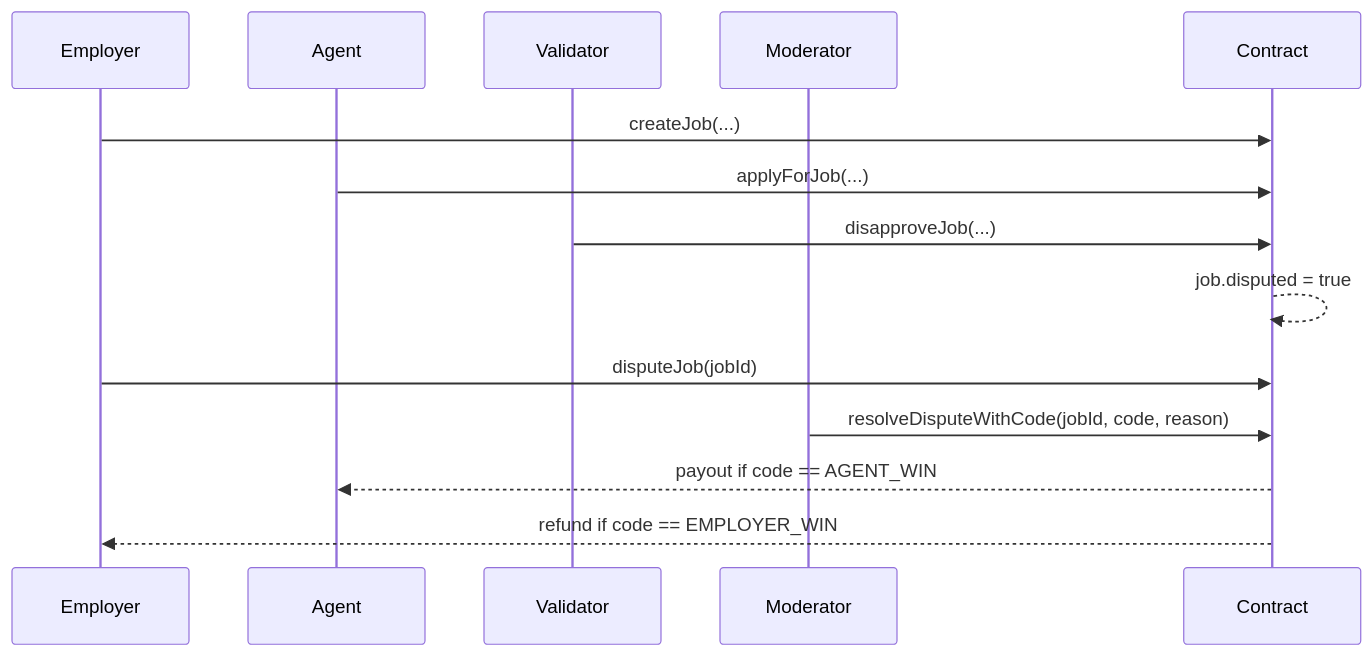
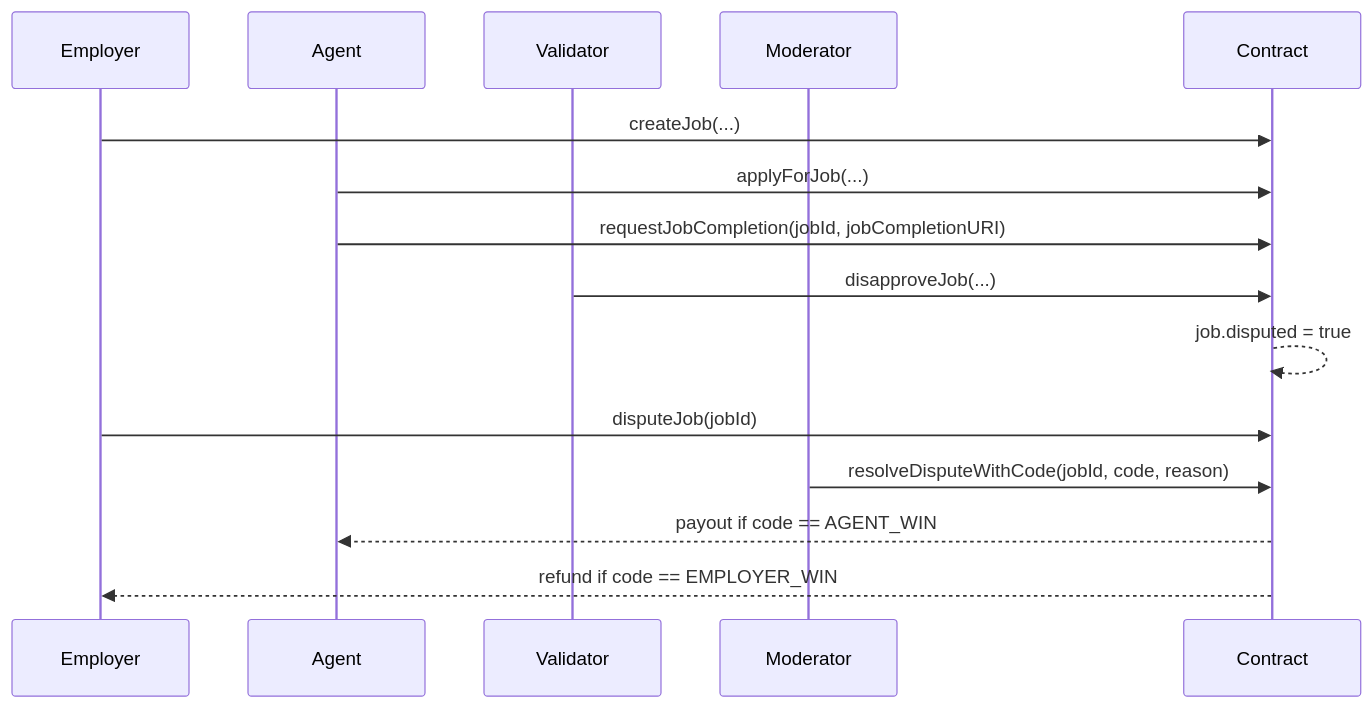
The second of 2 diagrams in docs/USERS.md (MontrealAI/AGIJobManager), drawn with Mermaid before and after one commit. The commit also changed other lines of this file and 18 other files, not shown here.

Commit message:
Require completion request for validator actions

````diff
--- a/docs/USERS.md
+++ b/docs/USERS.md
@@ -44,17 +44,18 @@
 ```mermaid
 sequenceDiagram
   participant Employer
   participant Agent
   participant Validator
   participant Moderator
   participant Contract
 
   Employer->>Contract: createJob(...)
   Agent->>Contract: applyForJob(...)
+  Agent->>Contract: requestJobCompletion(jobId, jobCompletionURI)
   Validator->>Contract: disapproveJob(...)
   Contract-->>Contract: job.disputed = true
   Employer->>Contract: disputeJob(jobId)
   Moderator->>Contract: resolveDisputeWithCode(jobId, code, reason)
   Contract-->>Agent: payout if code == AGENT_WIN
   Contract-->>Employer: refund if code == EMPLOYER_WIN
 ```
````
